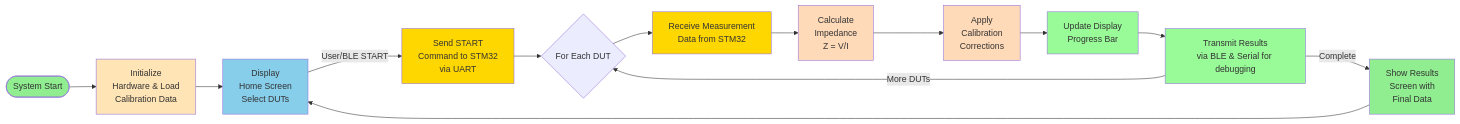
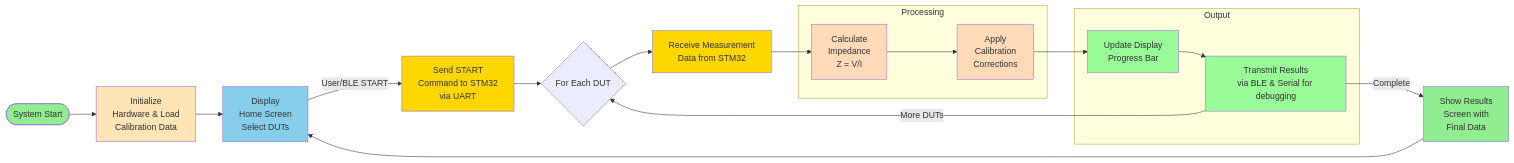
Before and after one commit to karlvoigt/BioPal-ESP: the second of 5 diagrams in docs/flow-diagram.md, drawn with Mermaid. The commit also changed 8 other files, not shown here.

````diff
--- a/docs/flow-diagram.md
+++ b/docs/flow-diagram.md
@@ -105,35 +105,43 @@
 ```mermaid
 graph LR
     Start([System Start]) --> Init[Initialize<br/>Hardware & Load<br/>Calibration Data]
     Init --> Home[Display<br/>Home Screen<br/>Select DUTs]
 
     Home -->|User/BLE START| SendCmd[Send START<br/>Command to STM32<br/>via UART]
 
     SendCmd --> Loop{For Each DUT}
 
     Loop --> Receive[Receive Measurement<br/>Data from STM32]
-
+    
     Receive --> Process[Calculate<br/>Impedance<br/>Z = V/I]
-
     Process --> Calibrate[Apply<br/>Calibration<br/>Corrections]
-
+    
     Calibrate --> Display[Update Display<br/>Progress Bar]
-
     Display --> BLE[Transmit Results<br/>via BLE & Serial for debugging]
 
     BLE -->|More DUTs| Loop
     BLE -->|Complete| Results[Show Results<br/>Screen with<br/>Final Data]
 
     Results --> Home
+
+    subgraph Processing
+        Process
+        Calibrate
+    end
+
+    subgraph Output
+        Display
+        BLE
+    end
 
     style Start fill:#90EE90
     style Init fill:#FFE4B5
     style Home fill:#87CEEB
     style SendCmd fill:#FFD700
     style Receive fill:#FFD700
     style Process fill:#FFDAB9
     style Calibrate fill:#FFDAB9
     style Display fill:#98FB98
     style BLE fill:#98FB98
     style Results fill:#90EE90
 ```
````
